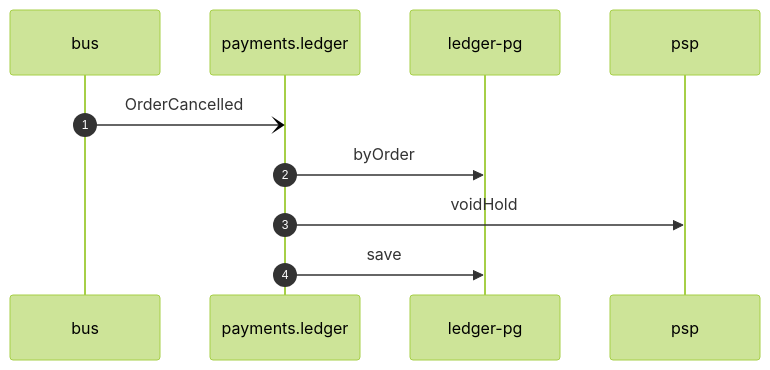
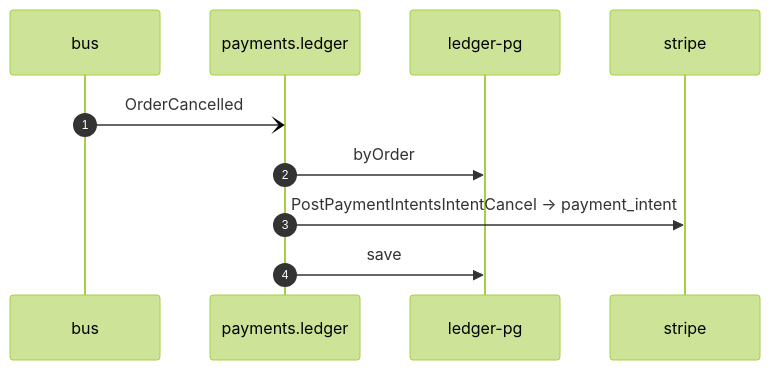
Before and after one commit to shortlink-org/portolan: the diagram in docs/flows/ledger-void-payment-on-order-cancelled.md, drawn with Mermaid (forest theme). The commit also changed other lines of this file and 93 other files, not shown here.

````diff
--- a/docs/flows/ledger-void-payment-on-order-cancelled.md
+++ b/docs/flows/ledger-void-payment-on-order-cancelled.md
@@ -22,12 +22,12 @@
 ```mermaid
 sequenceDiagram
     autonumber
     participant p0 as bus
     participant p1 as payments.ledger
     participant p2 as ledger-pg
-    participant p3 as psp
+    participant p3 as stripe
     p0-)p1: OrderCancelled
     p1->>p2: byOrder
-    p1->>p3: voidHold
+    p1->>p3: PostPaymentIntentsIntentCancel → payment_intent
     p1->>p2: save
 ```
````
